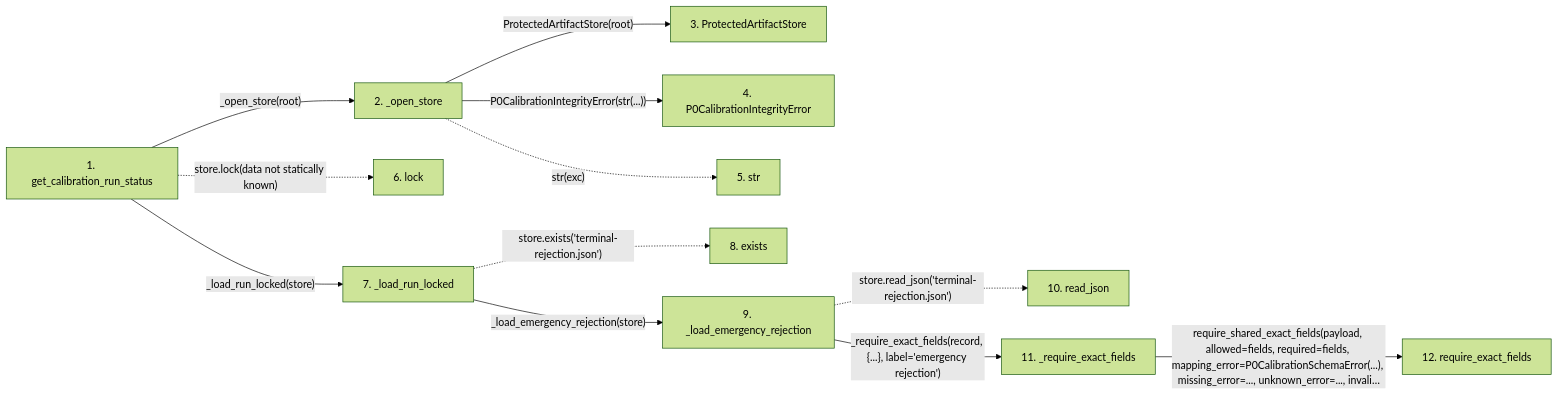
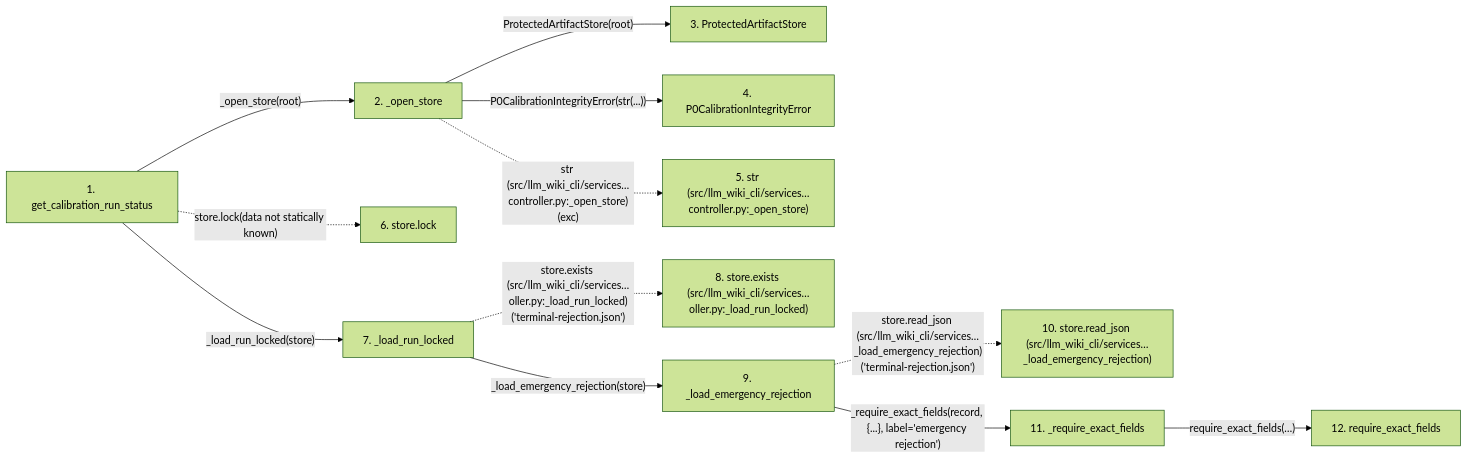
Before and after one commit to Denissvgn/python-wiki-llm: the second of 2 diagrams in docs/llm_wiki/flows/api-get_calibration_run_status-controller.md, drawn with Mermaid (forest theme). The commit also changed other lines of this file and 719 other files, not shown here.

````diff
--- a/docs/llm_wiki/flows/api-get_calibration_run_status-controller.md
+++ b/docs/llm_wiki/flows/api-get_calibration_run_status-controller.md
@@ -83,34 +85,34 @@
 ```mermaid
 flowchart LR
     s1["1. get_calibration_run_status"]
     s2["2. _open_store"]
     s3["3. ProtectedArtifactStore"]
     s4["4. P0CalibrationIntegrityError"]
-    s5["5. str"]
-    s6["6. lock"]
+    s5["5. str (src/llm_wiki_cli/services…controller.py:_open_store)"]
+    s6["6. store.lock"]
     s7["7. _load_run_locked"]
-    s8["8. exists"]
+    s8["8. store.exists (src/llm_wiki_cli/services…oller.py:_load_run_locked)"]
     s9["9. _load_emergency_rejection"]
-    s10["10. read_json"]
+    s10["10. store.read_json (src/llm_wiki_cli/services…_load_emergency_rejection)"]
     s11["11. _require_exact_fields"]
     s12["12. require_exact_fields"]
     s1 -->|"_open_store(root)"| s2
     s2 -->|"ProtectedArtifactStore(root)"| s3
     s2 -->|"P0CalibrationIntegrityError(str(...))"| s4
-    s2 -. "str(exc)" .-> s5
+    s2 -. "str (src/llm_wiki_cli/services…controller.py:_open_store)(exc)" .-> s5
     s1 -. "store.lock(data not statically known)" .-> s6
     s1 -->|"_load_run_locked(store)"| s7
-    s7 -. "store.exists('terminal-rejection.json')" .-> s8
+    s7 -. "store.exists (src/llm_wiki_cli/services…oller.py:_load_run_locked)('terminal-rejection.json')" .-> s8
     s7 -->|"_load_emergency_rejection(store)"| s9
-    s9 -. "store.read_json('terminal-rejection.json')" .-> s10
+    s9 -. "store.read_json (src/llm_wiki_cli/services…_load_emergency_rejection)('terminal-rejection.json')" .-> s10
     s9 -->|"_require_exact_fields(record, {...}, label='emergency rejection')"| s11
-    s11 -->|"require_shared_exact_fields(payload, allowed=fields, required=fields, mapping_error=P0CalibrationSchemaError(...), missing_error=..., unknown_error=..., invali…"| s12
+    s11 -->|"require_exact_fields(…)"| s12
     click s1 "../modules/controller.md"
     click s2 "../modules/controller.md"
     click s3 "../modules/protected_artifacts.md"
     click s4 "../modules/controller.md"
     click s7 "../modules/controller.md"
     click s9 "../modules/controller.md"
     click s11 "../modules/controller.md"
     click s12 "../modules/validation.md"
 ```
````
